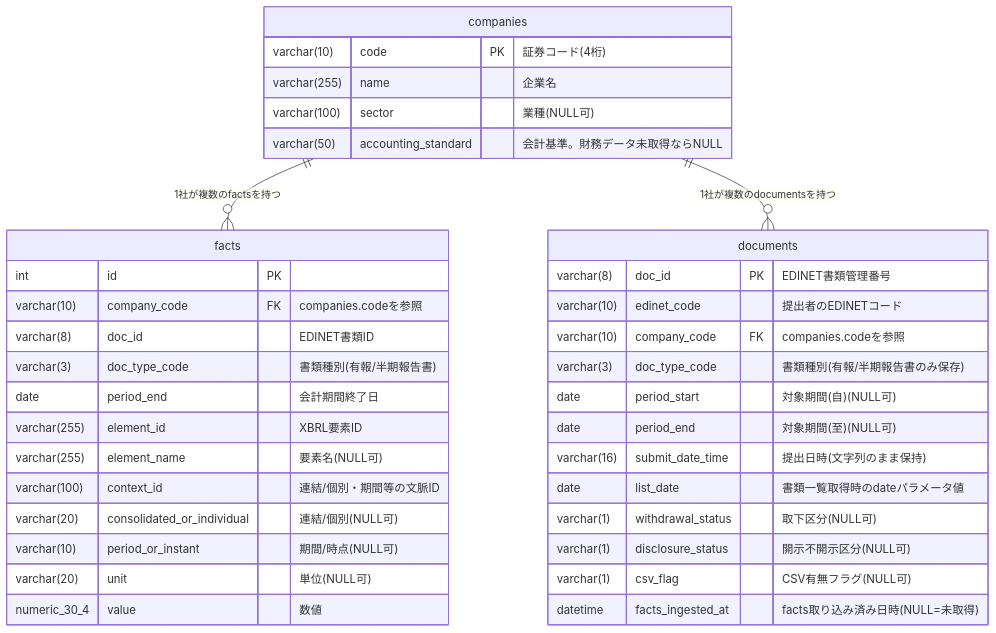
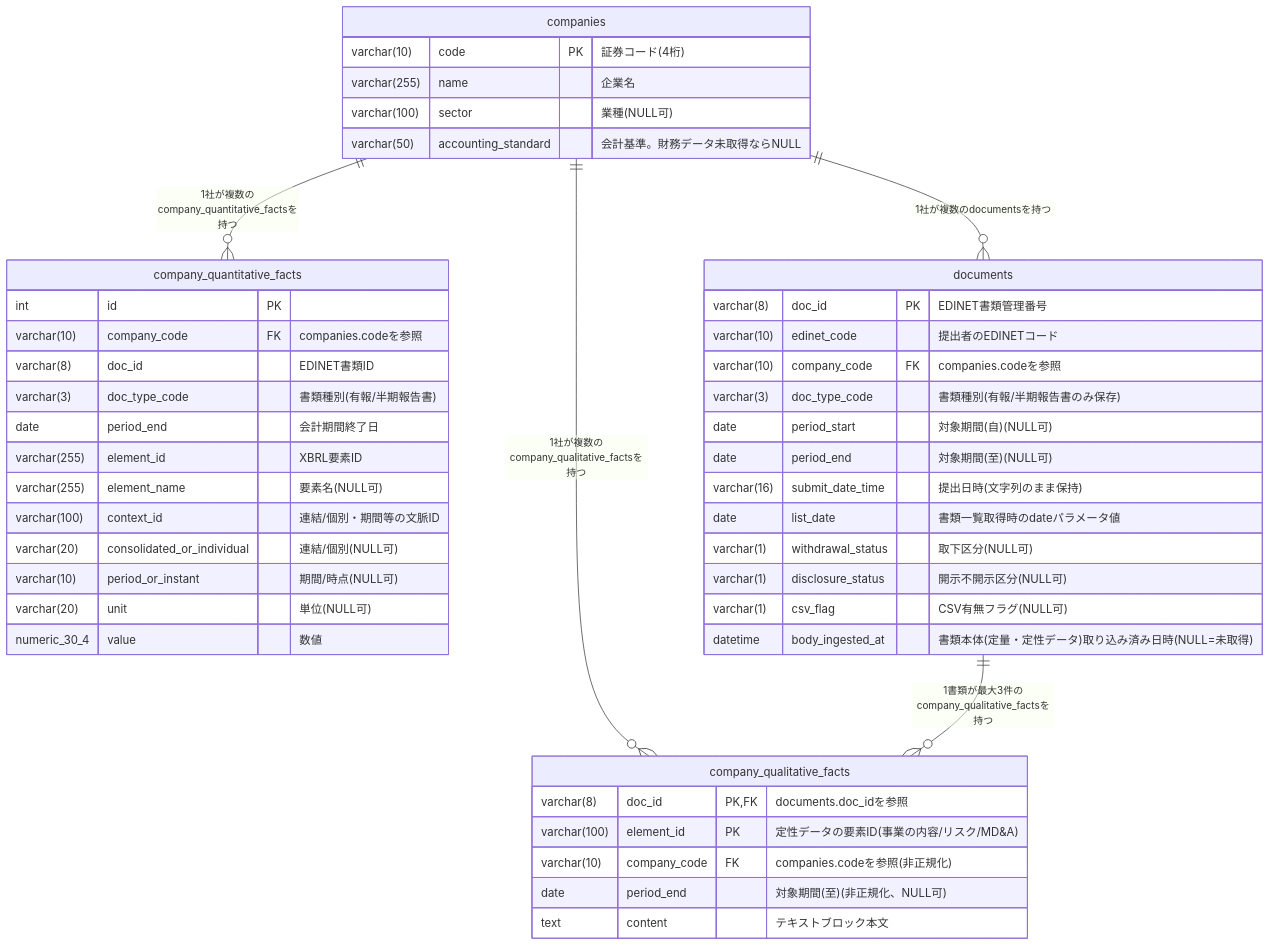
Before and after one commit to nakajinbee/finance-report: the diagram in docs/design/table/er_diagram.md, drawn with Mermaid. The commit also changed other lines of this file and 49 other files, not shown here.

````diff
--- a/docs/design/table/er_diagram.md
+++ b/docs/design/table/er_diagram.md
@@ -7,42 +7,52 @@
 ```mermaid
 erDiagram
-    companies ||--o{ facts : "1社が複数のfactsを持つ"
+    companies ||--o{ company_quantitative_facts : "1社が複数のcompany_quantitative_factsを持つ"
     companies ||--o{ documents : "1社が複数のdocumentsを持つ"
+    companies ||--o{ company_qualitative_facts : "1社が複数のcompany_qualitative_factsを持つ"
+    documents ||--o{ company_qualitative_facts : "1書類が最大3件のcompany_qualitative_factsを持つ"
 
     companies {
         varchar(10) code PK "証券コード(4桁)"
         varchar(255) name "企業名"
         varchar(100) sector "業種(NULL可)"
         varchar(50) accounting_standard "会計基準。財務データ未取得ならNULL"
     }
 
-    facts {
+    company_quantitative_facts {
         int id PK
         varchar(10) company_code FK "companies.codeを参照"
         varchar(8) doc_id "EDINET書類ID"
         varchar(3) doc_type_code "書類種別(有報/半期報告書)"
         date period_end "会計期間終了日"
         varchar(255) element_id "XBRL要素ID"
         varchar(255) element_name "要素名(NULL可)"
         varchar(100) context_id "連結/個別・期間等の文脈ID"
         varchar(20) consolidated_or_individual "連結/個別(NULL可)"
         varchar(10) period_or_instant "期間/時点(NULL可)"
         varchar(20) unit "単位(NULL可)"
         numeric_30_4 value "数値"
     }
 
     documents {
         varchar(8) doc_id PK "EDINET書類管理番号"
         varchar(10) edinet_code "提出者のEDINETコード"
         varchar(10) company_code FK "companies.codeを参照"
         varchar(3) doc_type_code "書類種別(有報/半期報告書のみ保存)"
         date period_start "対象期間(自)(NULL可)"
         date period_end "対象期間(至)(NULL可)"
         varchar(16) submit_date_time "提出日時(文字列のまま保持)"
         date list_date "書類一覧取得時のdateパラメータ値"
         varchar(1) withdrawal_status "取下区分(NULL可)"
         varchar(1) disclosure_status "開示不開示区分(NULL可)"
         varchar(1) csv_flag "CSV有無フラグ(NULL可)"
-        datetime facts_ingested_at "facts取り込み済み日時(NULL=未取得)"
+        datetime body_ingested_at "書類本体(定量・定性データ)取り込み済み日時(NULL=未取得)"
+    }
+
+    company_qualitative_facts {
+        varchar(8) doc_id PK,FK "documents.doc_idを参照"
+        varchar(100) element_id PK "定性データの要素ID(事業の内容/リスク/MD&A)"
+        varchar(10) company_code FK "companies.codeを参照(非正規化)"
+        date period_end "対象期間(至)(非正規化、NULL可)"
+        text content "テキストブロック本文"
     }
 ```
````
